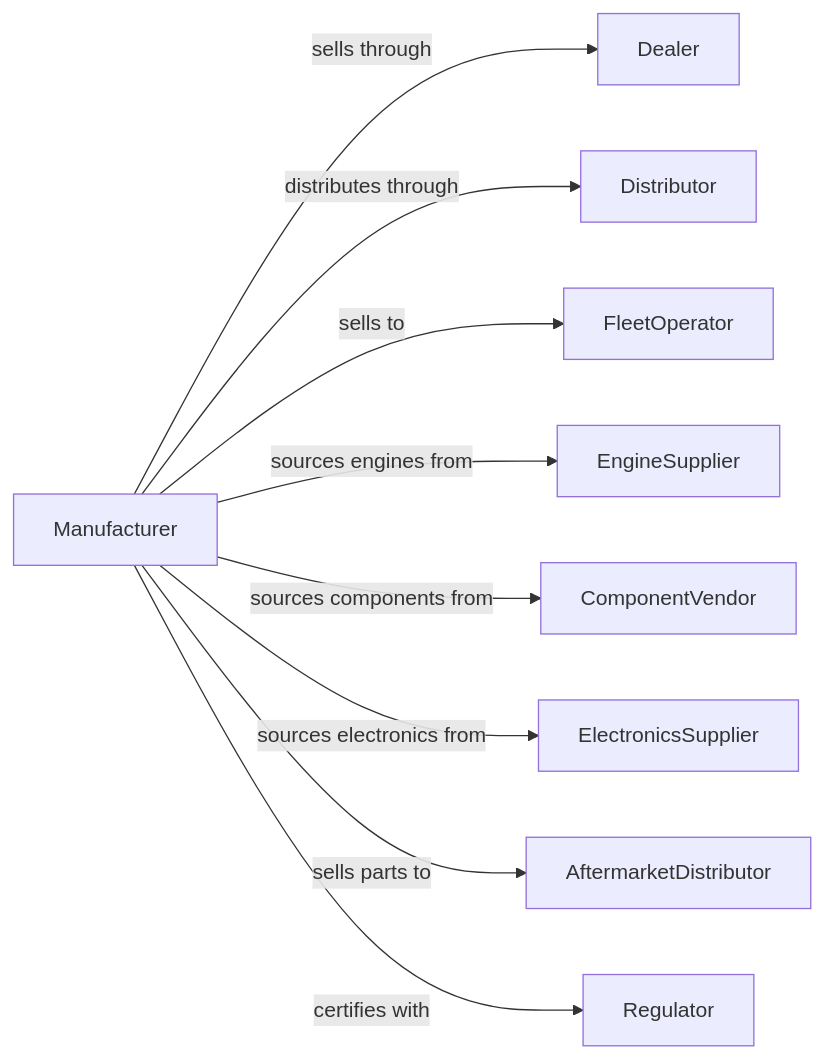
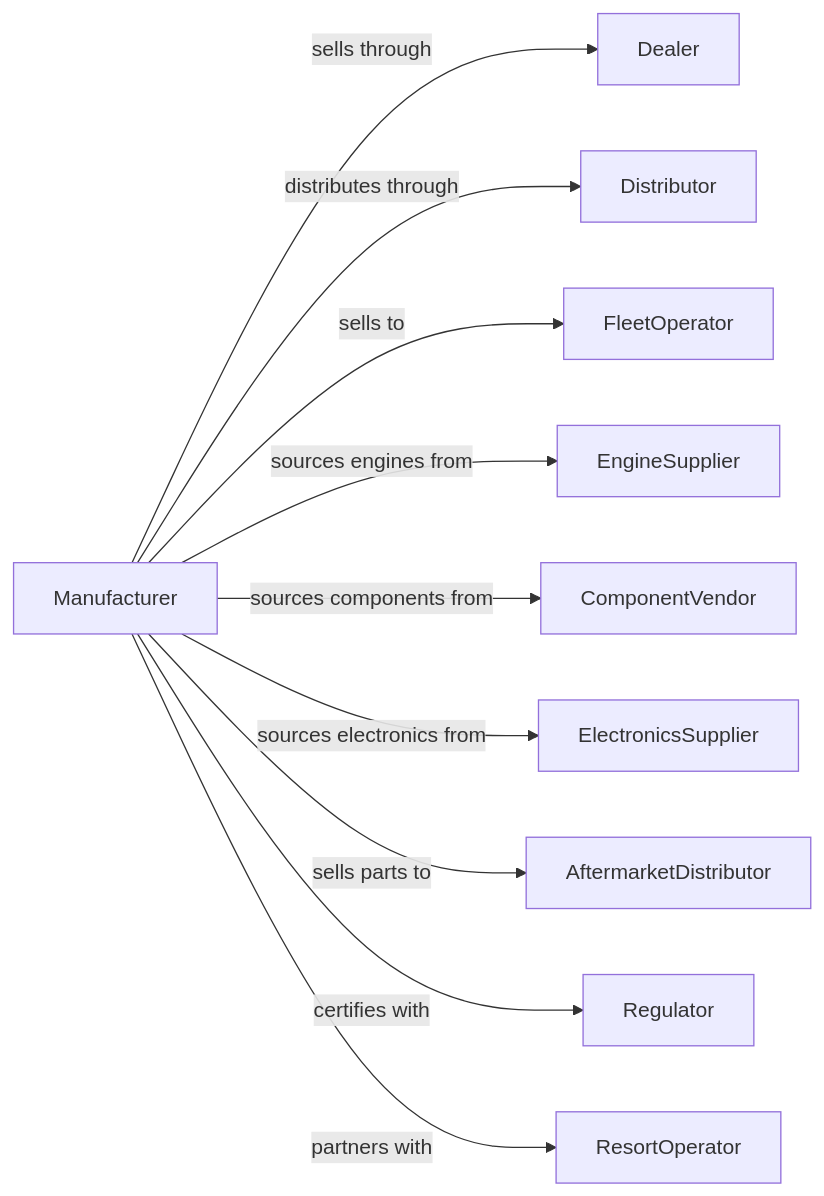
The second of 2 diagrams in Manufacturing/TransportationEquipmentManufacturing/OtherTransportationEquipmentManufacturing/AllOtherTransportationEquipmentManufacturing.mdx (dot-org-ai/industries.org.ai), drawn with Mermaid before and after one commit. The commit also changed other lines of this file and 588 other files, not shown here.

````diff
--- a/Manufacturing/TransportationEquipmentManufacturing/OtherTransportationEquipmentManufacturing/AllOtherTransportationEquipmentManufacturing.mdx
+++ b/Manufacturing/TransportationEquipmentManufacturing/OtherTransportationEquipmentManufacturing/AllOtherTransportationEquipmentManufacturing.mdx
@@ -129,13 +129,14 @@
 ```mermaid
 graph LR
     M[Manufacturer]
 
     M -->|sells through| Dealer
     M -->|distributes through| Distributor
     M -->|sells to| FleetOperator
     M -->|sources engines from| EngineSupplier
     M -->|sources components from| ComponentVendor
     M -->|sources electronics from| ElectronicsSupplier
     M -->|sells parts to| AftermarketDistributor
     M -->|certifies with| Regulator
+    M -->|partners with| ResortOperator
 ```
````
